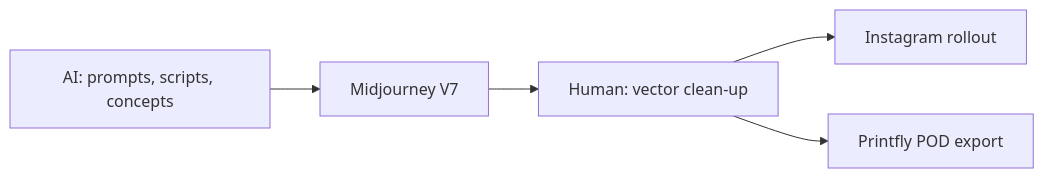
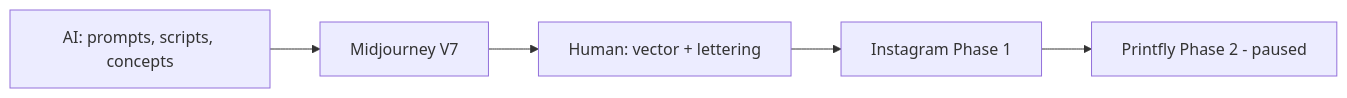
The diagram in docs/axo-execution-guide.md (hoyinlung25-commits/yuyue-sales), drawn with Mermaid before and after one commit. The commit also changed other lines of this file and 7 other files, not shown here.

First line of the commit message:
Prioritize Instagram growth; pause Printfly to Phase 2

````diff
--- a/docs/axo-execution-guide.md
+++ b/docs/axo-execution-guide.md
@@ -56,7 +63,7 @@
 ```mermaid
 flowchart LR
   AI[AI: prompts, scripts, concepts] --> MJ[Midjourney V7]
-  MJ --> FIN[Human: vector clean-up]
-  FIN --> IG[Instagram rollout]
-  FIN --> PF[Printfly POD export]
+  MJ --> FIN[Human: vector + lettering]
+  FIN --> IG[Instagram Phase 1]
+  IG --> PF[Printfly Phase 2 - paused]
 ```
````
